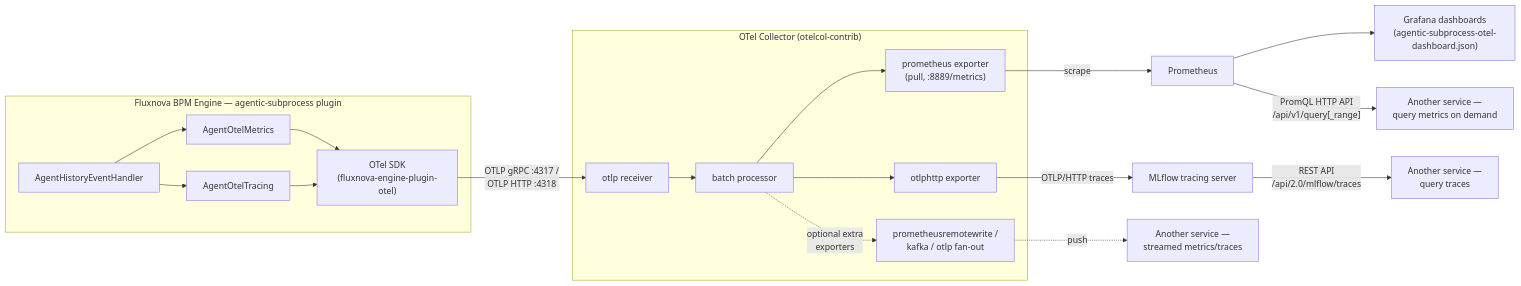
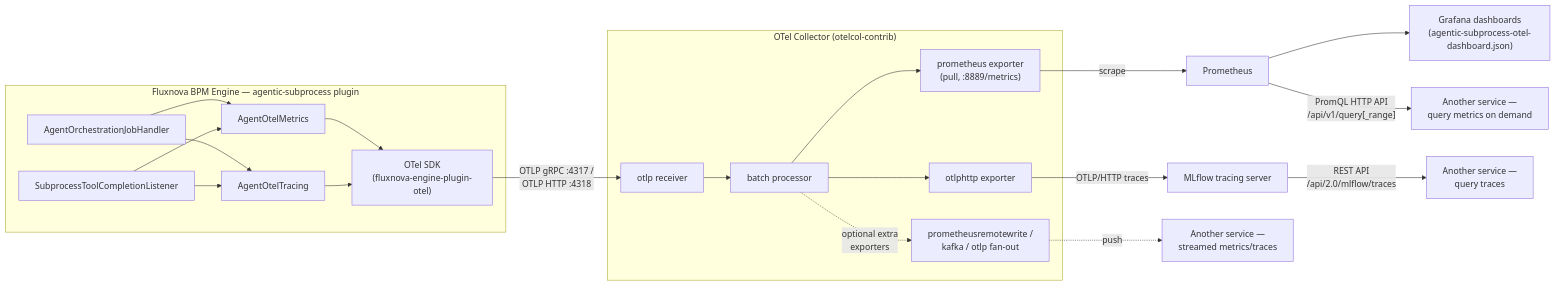
One commit to dogle-scottlogic/fluxnova-plugins changed the diagram in agentic-subprocess/docs/observability/GENAI_SEMCONV_ALIGNMENT.md. Above: the diagram before and after it, drawn with Mermaid. The commit also changed other lines of this file and 64 other files, not shown here.

````diff
--- a/agentic-subprocess/docs/observability/GENAI_SEMCONV_ALIGNMENT.md
+++ b/agentic-subprocess/docs/observability/GENAI_SEMCONV_ALIGNMENT.md
@@ -51,27 +51,29 @@
 ```mermaid
 flowchart LR
     subgraph engine["Fluxnova BPM Engine — agentic-subprocess plugin"]
-        AH["AgentHistoryEventHandler"] --> AOM["AgentOtelMetrics"]
-        AH --> AOT["AgentOtelTracing"]
+        AOH["AgentOrchestrationJobHandler"] --> AOM["AgentOtelMetrics"]
+        AOH --> AOT["AgentOtelTracing"]
+        STCL["SubprocessToolCompletionListener"] --> AOM
+        STCL --> AOT
         AOM --> SDK["OTel SDK\n(fluxnova-engine-plugin-otel)"]
         AOT --> SDK
     end
 
     SDK -- "OTLP gRPC :4317 /\nOTLP HTTP :4318" --> RCV
 
     subgraph collector["OTel Collector (otelcol-contrib)"]
         RCV["otlp receiver"] --> BATCH["batch processor"]
         BATCH --> MEXP["prometheus exporter\n(pull, :8889/metrics)"]
         BATCH --> TEXP["otlphttp exporter"]
         BATCH -. "optional extra\nexporters" .-> FANOUT["prometheusremotewrite /\nkafka / otlp fan-out"]
     end
 
     MEXP -- "scrape" --> PROM["Prometheus"]
     PROM --> GRAF["Grafana dashboards\n(agentic-subprocess-otel-dashboard.json)"]
     PROM -- "PromQL HTTP API\n/api/v1/query[_range]" --> EXT1["Another service —\nquery metrics on demand"]
 
     TEXP -- "OTLP/HTTP traces" --> MLF["MLflow tracing server"]
     MLF -- "REST API\n/api/2.0/mlflow/traces" --> EXT2["Another service —\nquery traces"]
 
     FANOUT -. push .-> EXT3["Another service —\nstreamed metrics/traces"]
 ```
````
